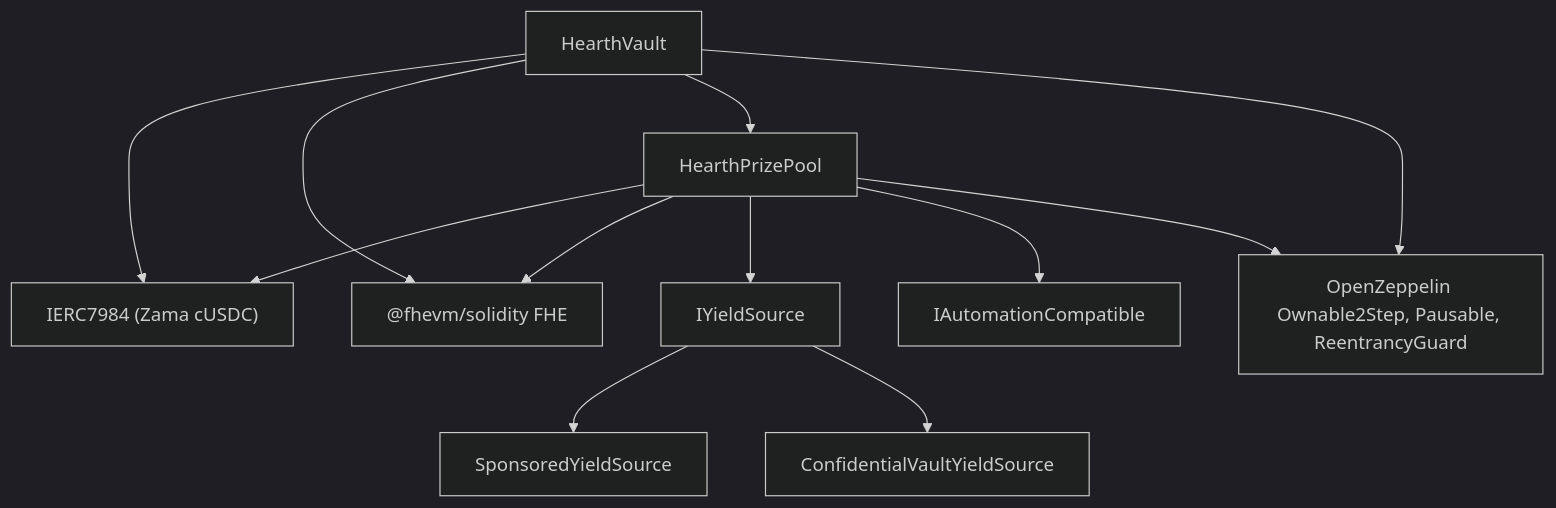
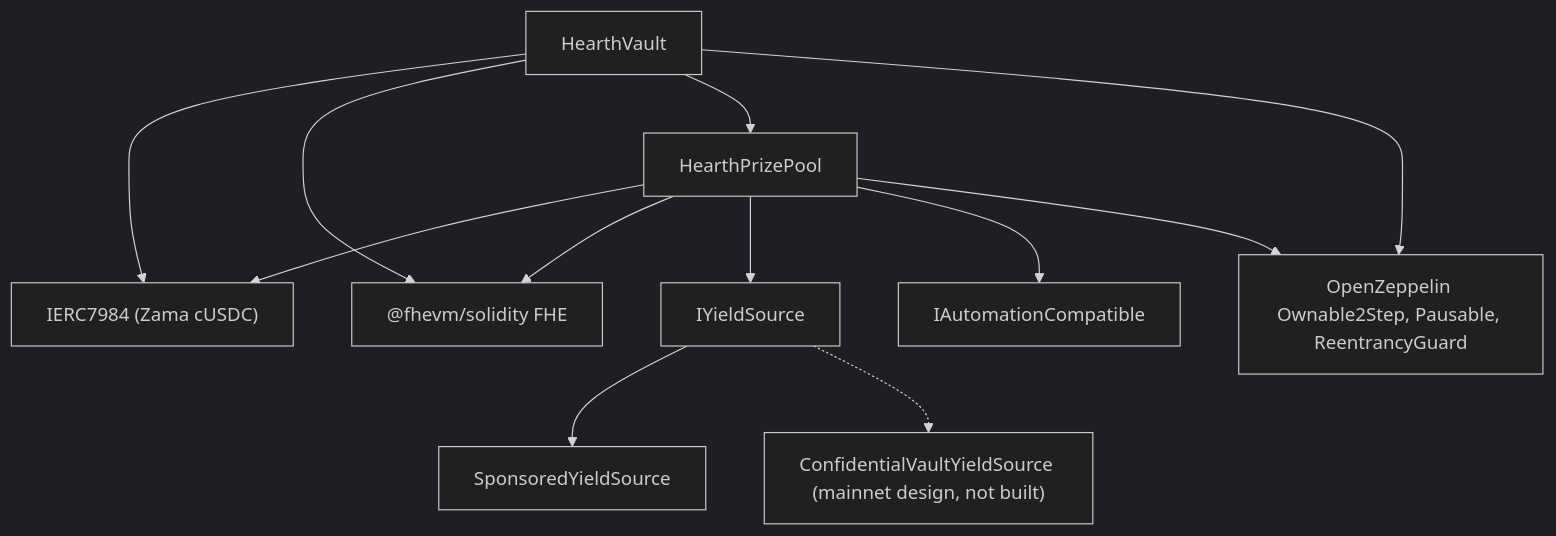
Before and after one commit to ramakrishnanhulk20/hearth: the diagram in docs/operations/deploying.md, drawn with Mermaid (dark theme). The commit also changed other lines of this file and 38 other files, not shown here.

Commit message:
Apply the finishing audit: remove an untested claim, correct every stale figure, fix a double claim and reorder the keeper's reconcile

````diff
--- a/docs/operations/deploying.md
+++ b/docs/operations/deploying.md
@@ -9,14 +9,14 @@
 ```mermaid
 flowchart TD
     Vault["HearthVault"] --> IERC7984["IERC7984 (Zama cUSDC)"]
     Vault --> FHE["@fhevm/solidity FHE"]
     Vault --> Pool["HearthPrizePool"]
     Pool --> IERC7984
     Pool --> FHE
     Pool --> IYield["IYieldSource"]
     IYield --> Sponsored["SponsoredYieldSource"]
-    IYield --> CV["ConfidentialVaultYieldSource"]
+    IYield -.-> CV["ConfidentialVaultYieldSource (mainnet design, not built)"]
     Pool --> Auto["IAutomationCompatible"]
     Vault --> OZ["OpenZeppelin Ownable2Step, Pausable, ReentrancyGuard"]
     Pool --> OZ
 ```
````
